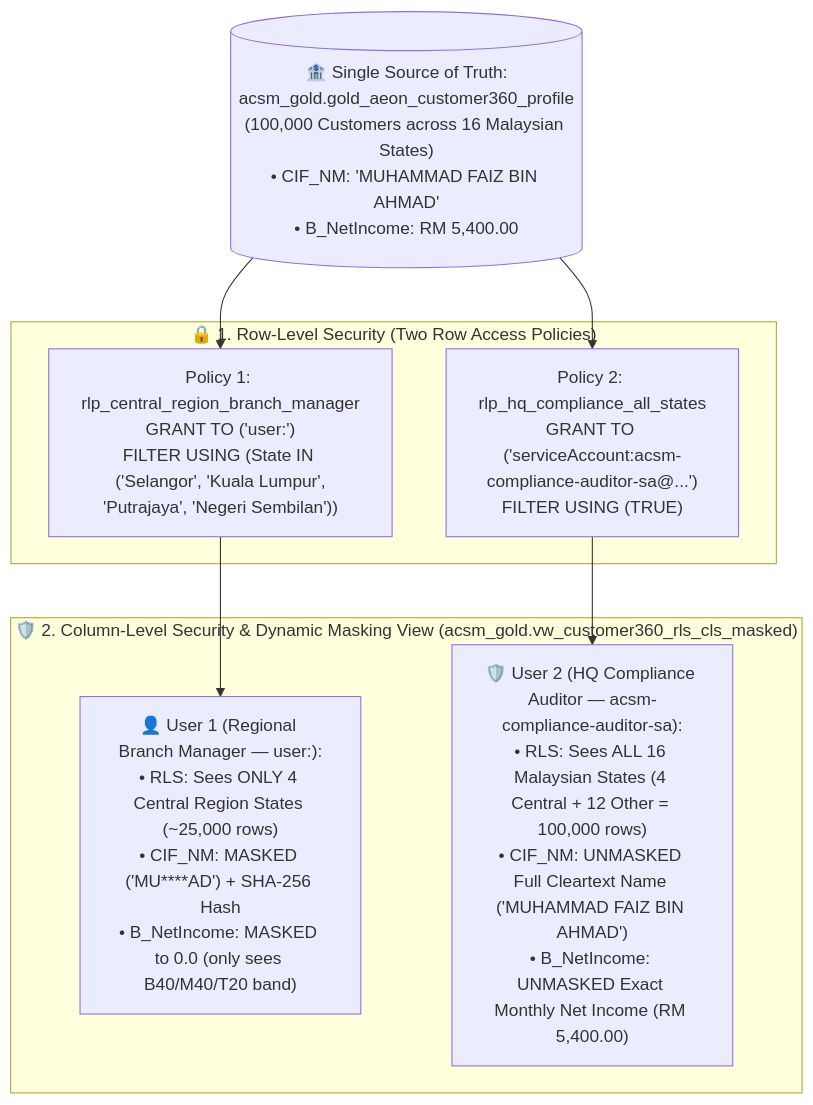
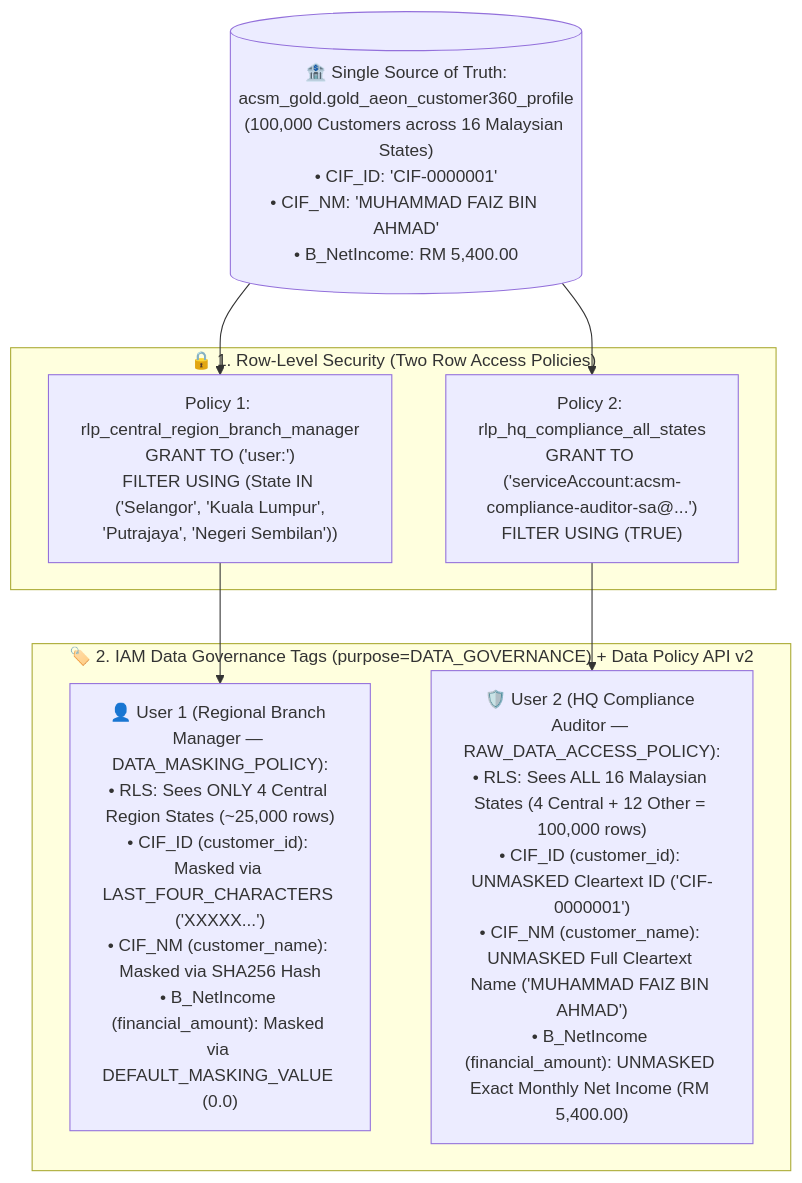
The diagram in track1_platform_governance/walkthroughs/03_Governance_Security_and_Data_Quality_Walkthrough.md (arvind-dhariwal/aeon-credit-gcp-workshop), drawn with Mermaid before and after one commit. The commit also changed other lines of this file and 15 other files, not shown here.

Commit message:
Track 1: Refactor NB01 Spark Iceberg script & UI verification, add NB03 IAM Data Governance Tags CLS (all 3 modes), and leverage live Public Datasets in NB04

````diff
--- a/track1_platform_governance/walkthroughs/03_Governance_Security_and_Data_Quality_Walkthrough.md
+++ b/track1_platform_governance/walkthroughs/03_Governance_Security_and_Data_Quality_Walkthrough.md
@@ -22,18 +22,18 @@
 ```mermaid
 flowchart TB
-  GOLD[("🏦 Single Source of Truth:\nacsm_gold.gold_aeon_customer360_profile\n(100,000 Customers across 16 Malaysian States)\n• CIF_NM: 'MUHAMMAD FAIZ BIN AHMAD'\n• B_NetIncome: RM 5,400.00")]
+  GOLD[("🏦 Single Source of Truth:\nacsm_gold.gold_aeon_customer360_profile\n(100,000 Customers across 16 Malaysian States)\n• CIF_ID: 'CIF-0000001'\n• CIF_NM: 'MUHAMMAD FAIZ BIN AHMAD'\n• B_NetIncome: RM 5,400.00")]
 
   subgraph RLS["🔒 1. Row-Level Security (Two Row Access Policies)"]
     RLS_U1["Policy 1: rlp_central_region_branch_manager\nGRANT TO ('user:<USER_EMAIL>')\nFILTER USING (State IN ('Selangor', 'Kuala Lumpur',\n'Putrajaya', 'Negeri Sembilan'))"]
     RLS_U2["Policy 2: rlp_hq_compliance_all_states\nGRANT TO ('serviceAccount:acsm-compliance-auditor-sa@<PROJECT_ID>...')\nFILTER USING (TRUE)"]
   end
 
-  subgraph CLS["🛡️ 2. Column-Level Security & Dynamic Masking View (acsm_gold.vw_customer360_rls_cls_masked)"]
-    CLS_U1["👤 User 1 (Regional Branch Manager — user:<USER_EMAIL>):\n• RLS: Sees ONLY 4 Central Region States (~25,000 rows)\n• CIF_NM: MASKED ('MU****AD') + SHA-256 Hash\n• B_NetIncome: MASKED to 0.0 (only sees B40/M40/T20 band)"]
-    CLS_U2["🛡️ User 2 (HQ Compliance Auditor — acsm-compliance-auditor-sa):\n• RLS: Sees ALL 16 Malaysian States (4 Central + 12 Other = 100,000 rows)\n• CIF_NM: UNMASKED Full Cleartext Name ('MUHAMMAD FAIZ BIN AHMAD')\n• B_NetIncome: UNMASKED Exact Monthly Net Income (RM 5,400.00)"]
+  subgraph CLS["🏷️ 2. IAM Data Governance Tags (purpose=DATA_GOVERNANCE) + Data Policy API v2"]
+    CLS_U1["👤 User 1 (Regional Branch Manager — DATA_MASKING_POLICY):\n• RLS: Sees ONLY 4 Central Region States (~25,000 rows)\n• CIF_ID (customer_id): Masked via LAST_FOUR_CHARACTERS ('XXXXX...')\n• CIF_NM (customer_name): Masked via SHA256 Hash\n• B_NetIncome (financial_amount): Masked via DEFAULT_MASKING_VALUE (0.0)"]
+    CLS_U2["🛡️ User 2 (HQ Compliance Auditor — RAW_DATA_ACCESS_POLICY):\n• RLS: Sees ALL 16 Malaysian States (4 Central + 12 Other = 100,000 rows)\n• CIF_ID (customer_id): UNMASKED Cleartext ID ('CIF-0000001')\n• CIF_NM (customer_name): UNMASKED Full Cleartext Name ('MUHAMMAD FAIZ BIN AHMAD')\n• B_NetIncome (financial_amount): UNMASKED Exact Monthly Net Income (RM 5,400.00)"]
   end
 
   GOLD --> RLS_U1 & RLS_U2
   RLS_U1 --> CLS_U1
   RLS_U2 --> CLS_U2
 ```
````
